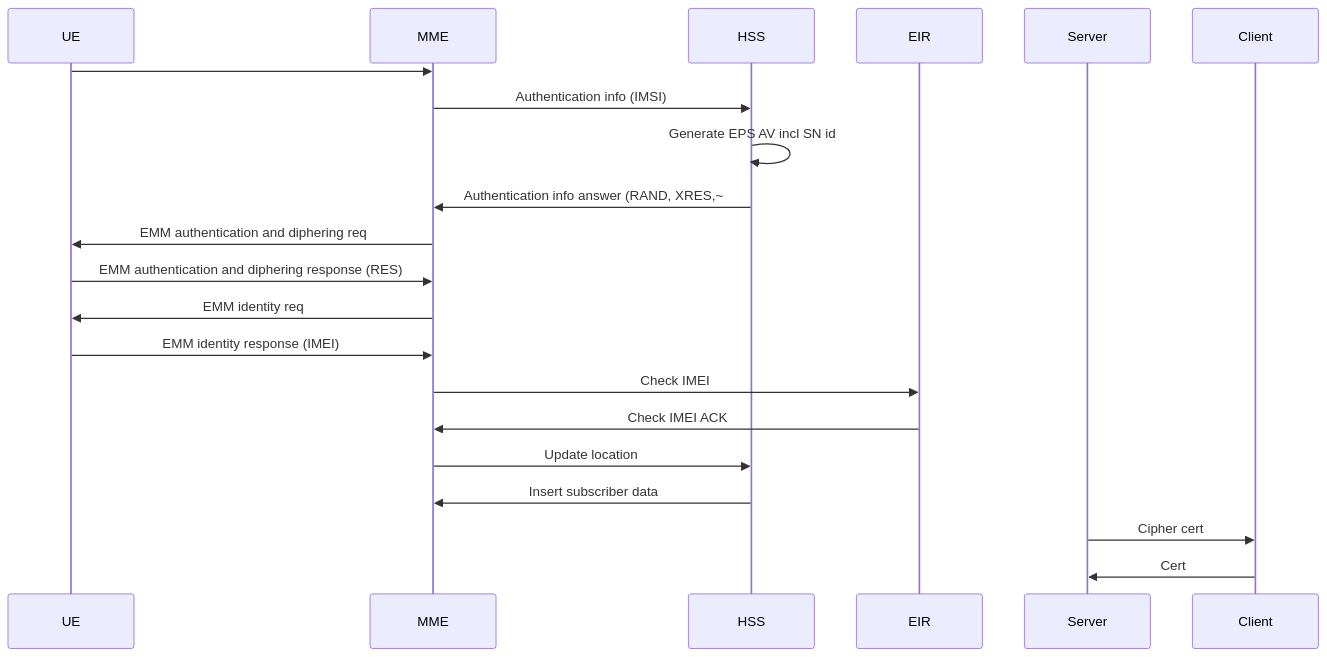
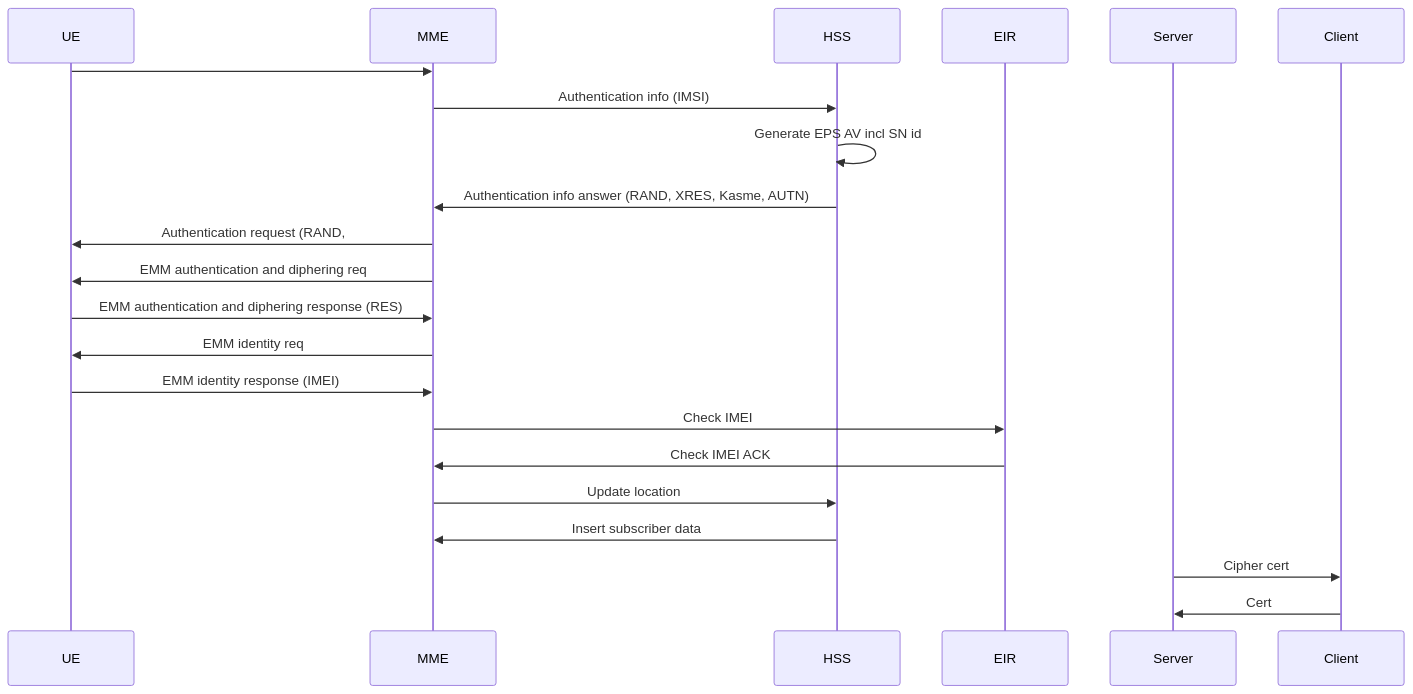
One commit to ThomasRochette/NoteCours changed the diagram in ARM.md. Above: the diagram before and after it, drawn with Mermaid. The commit also changed other lines of this file, not shown here.

Commit message:
Uploaded by https://stackedit.io/

````diff
--- a/ARM.md
+++ b/ARM.md
@@ -80,18 +80,19 @@
 ```mermaid
 sequenceDiagram
 UE ->> MME: 
 MME ->> HSS: Authentication info (IMSI)
 HSS ->> HSS: Generate EPS AV incl SN id
-HSS ->> MME: Authentication info answer (RAND, XRES,~ 
+HSS ->> MME: Authentication info answer (RAND, XRES, Kasme, AUTN)
+MME ->> UE: Authentication request (RAND,  
 
 MME ->> UE: EMM authentication and diphering req
 UE ->> MME: EMM authentication and diphering response (RES)
 MME ->> UE: EMM identity req
 UE ->> MME: EMM identity response (IMEI)
 MME ->> EIR: Check IMEI
 EIR ->> MME: Check IMEI ACK
 MME ->> HSS: Update location
 HSS ->> MME: Insert subscriber data
 Server ->> Client: Cipher cert
 Client ->> Server: Cert
 ```
````
